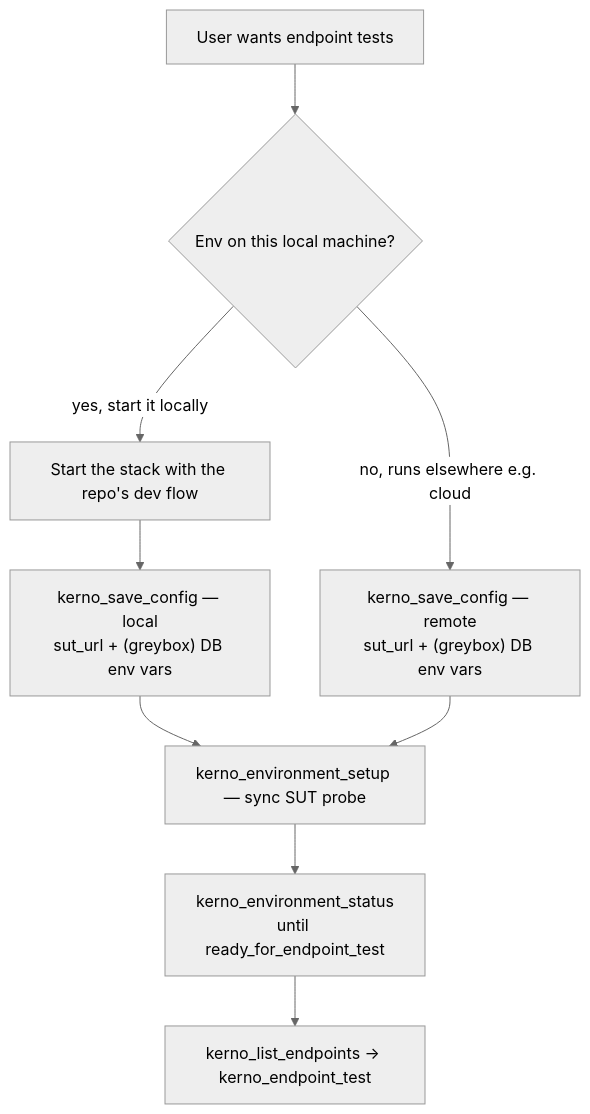
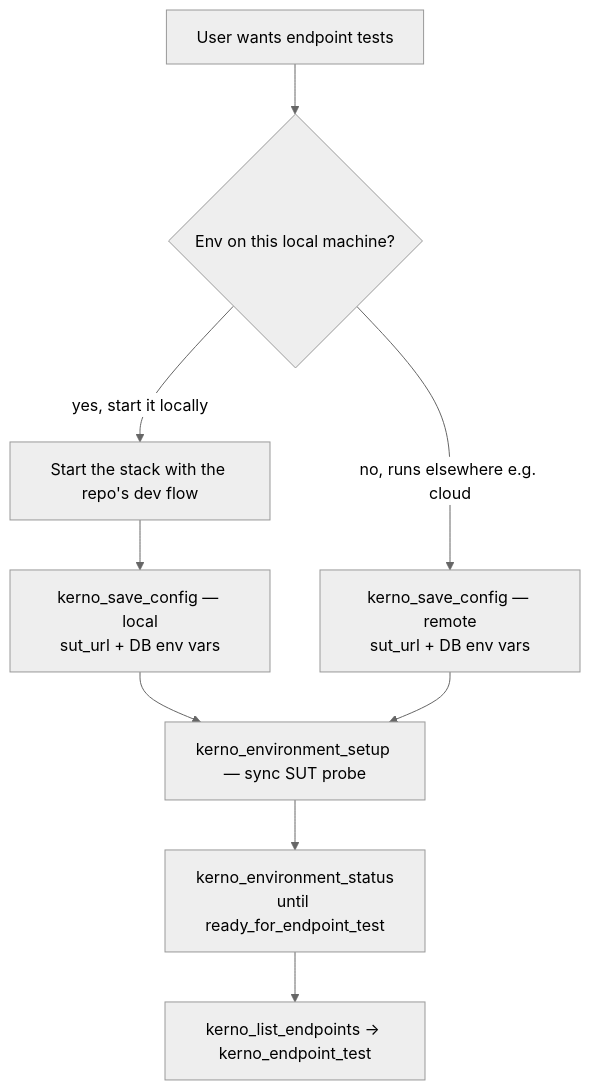
One commit to kernoio/kerno-mcp-plugin changed the diagram in references/target-environment.md. Above: the diagram before and after it, drawn with Mermaid (neutral theme). The commit also changed other lines of this file and 8 other files, not shown here.

````diff
--- a/references/target-environment.md
+++ b/references/target-environment.md
@@ -34,16 +40,16 @@
 ```mermaid
 flowchart TD
     Start[User wants endpoint tests]
     Where{Env on this local machine?}
     ClientStart[Start the stack with the repo's dev flow]
-    SaveLocal["kerno_save_config — local\nsut_url + (greybox) DB env vars"]
-    SaveRemote["kerno_save_config — remote\nsut_url + (greybox) DB env vars"]
+    SaveLocal["kerno_save_config — local\nsut_url + DB env vars"]
+    SaveRemote["kerno_save_config — remote\nsut_url + DB env vars"]
     EnvSetup[kerno_environment_setup — sync SUT probe]
     EnvStatus["kerno_environment_status\nuntil ready_for_endpoint_test"]
     Endpoints[kerno_list_endpoints → kerno_endpoint_test]
 
     Start --> Where
     Where -->|yes, start it locally| ClientStart --> SaveLocal --> EnvSetup
     Where -->|no, runs elsewhere e.g. cloud| SaveRemote --> EnvSetup
     EnvSetup --> EnvStatus --> Endpoints
 ```
````
